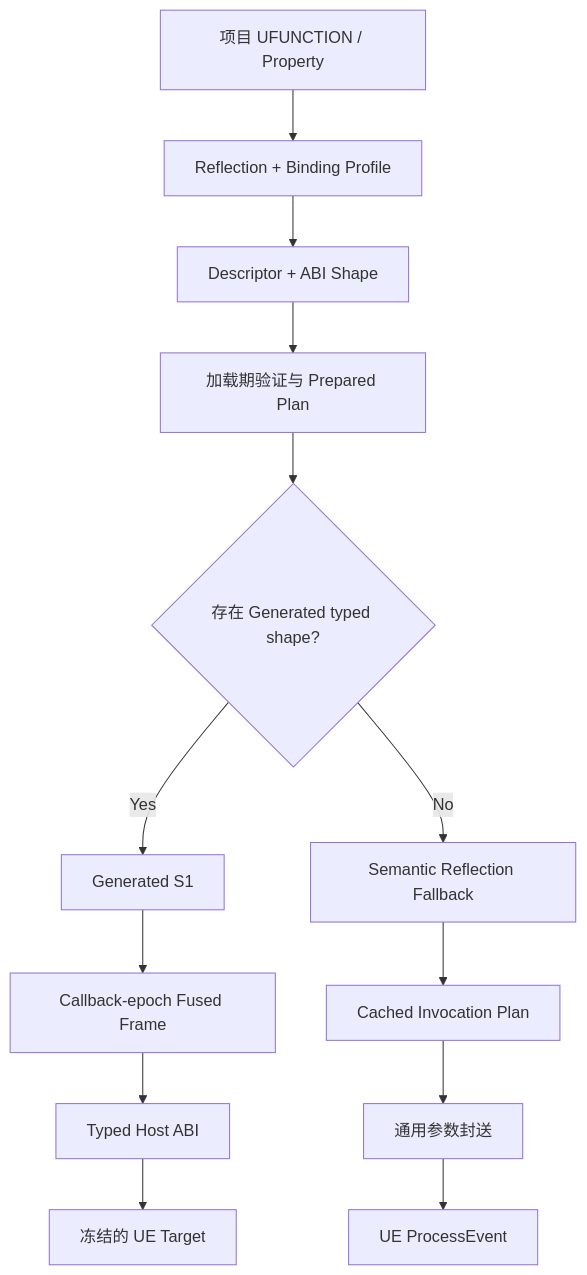
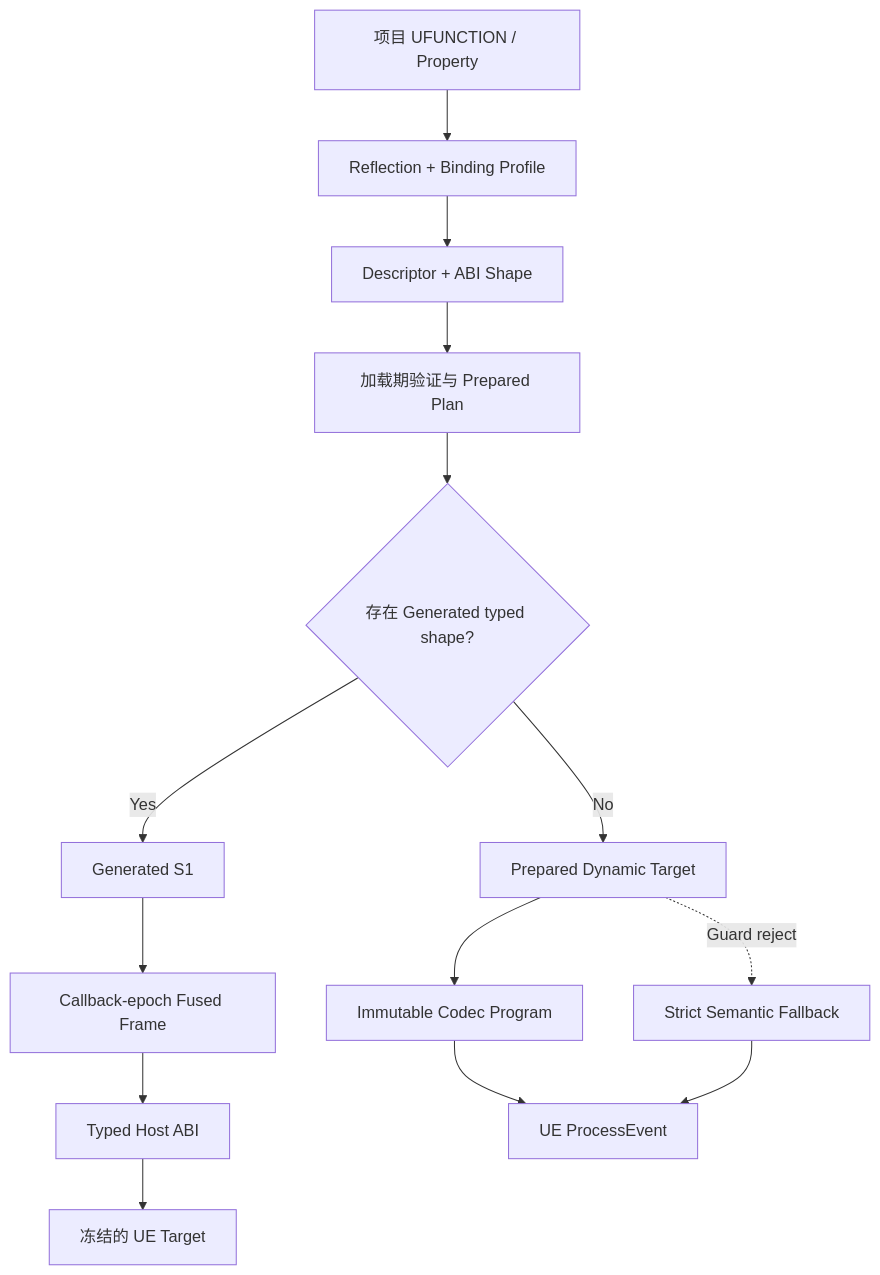
Before and after one commit to Avidel-zzz/AvidScript: the second of 2 diagrams in README.md, drawn with Mermaid. The commit also changed other lines of this file and 1 other file, not shown here.

````diff
--- a/README.md
+++ b/README.md
@@ -181,17 +237,18 @@
 ```mermaid
 flowchart TD
     Function["项目 UFUNCTION / Property"] --> Profile["Reflection + Binding Profile"]
     Profile --> Descriptor["Descriptor + ABI Shape"]
     Descriptor --> Prepare["加载期验证与 Prepared Plan"]
     Prepare --> Decision{"存在 Generated typed shape?"}
 
     Decision -- Yes --> S1["Generated S1"]
     S1 --> Frame["Callback-epoch Fused Frame"]
     Frame --> Typed["Typed Host ABI"]
     Typed --> Target["冻结的 UE Target"]
 
-    Decision -- No --> Semantic["Semantic Reflection Fallback"]
-    Semantic --> Cached["Cached Invocation Plan"]
-    Cached --> Marshal["通用参数封送"]
-    Marshal --> ProcessEvent["UE ProcessEvent"]
+    Decision -- No --> Dynamic["Prepared Dynamic Target"]
+    Dynamic --> Codec["Immutable Codec Program"]
+    Codec --> ProcessEvent["UE ProcessEvent"]
+    Dynamic -. Guard reject .-> Strict["Strict Semantic Fallback"]
+    Strict --> ProcessEvent
 ```
````
